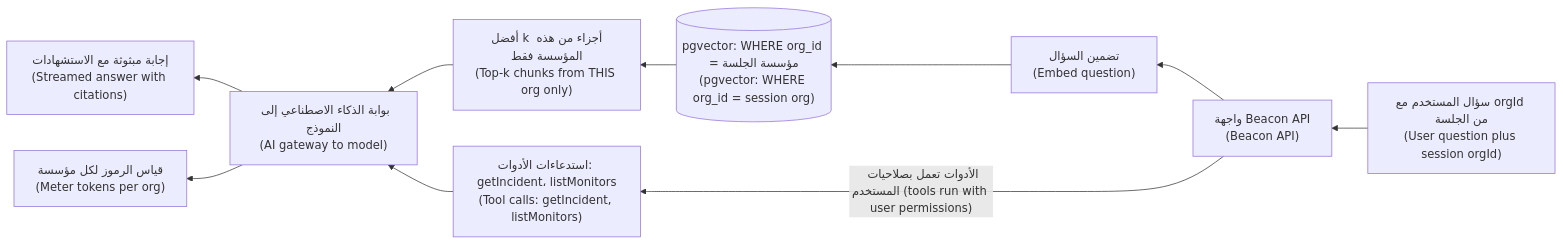
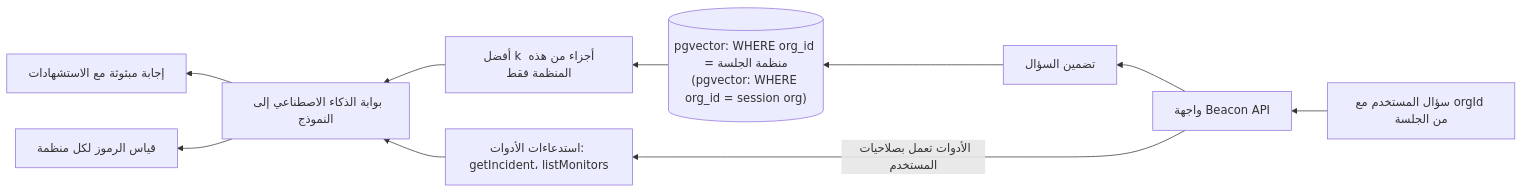
One commit to Tamoura/system-design-for-vibe-coders changed the second of 2 diagrams in saas/modules/08-trust-frontier.ar.md. Above: the diagram before and after it, drawn with Mermaid. The commit also changed other lines of this file and 551 other files, not shown here.

````diff
--- a/saas/modules/08-trust-frontier.ar.md
+++ b/saas/modules/08-trust-frontier.ar.md
@@ -333,12 +333,12 @@
 ```mermaid
 flowchart RL
-  Q["سؤال المستخدم مع orgId من الجلسة<br/>(User question plus session orgId)"] --> GW["واجهة Beacon API<br/>(Beacon API)"]
-  GW --> EMB["تضمين السؤال<br/>(Embed question)"]
-  EMB --> VS[("pgvector: WHERE org_id = مؤسسة الجلسة<br/>(pgvector: WHERE org_id = session org)")]
-  VS --> CTX["أفضل k أجزاء من هذه المؤسسة فقط<br/>(Top-k chunks from THIS org only)"]
-  CTX --> LLM["بوابة الذكاء الاصطناعي إلى النموذج<br/>(AI gateway to model)"]
-  GW -->|"الأدوات تعمل بصلاحيات المستخدم (tools run with user permissions)"| TOOLS["استدعاءات الأدوات: getIncident، listMonitors<br/>(Tool calls: getIncident, listMonitors)"]
+  Q["سؤال المستخدم مع orgId من الجلسة"] --> GW["واجهة Beacon API"]
+  GW --> EMB["تضمين السؤال"]
+  EMB --> VS[("pgvector: WHERE org_id = منظمة الجلسة<br/>(pgvector: WHERE org_id = session org)")]
+  VS --> CTX["أفضل k أجزاء من هذه المنظمة فقط"]
+  CTX --> LLM["بوابة الذكاء الاصطناعي إلى النموذج"]
+  GW -->|"الأدوات تعمل بصلاحيات المستخدم"| TOOLS["استدعاءات الأدوات: getIncident، listMonitors"]
   TOOLS --> LLM
-  LLM --> S["إجابة مبثوثة مع الاستشهادات<br/>(Streamed answer with citations)"]
-  LLM --> M["قياس الرموز لكل مؤسسة<br/>(Meter tokens per org)"]
+  LLM --> S["إجابة مبثوثة مع الاستشهادات"]
+  LLM --> M["قياس الرموز لكل منظمة"]
 ```
````
